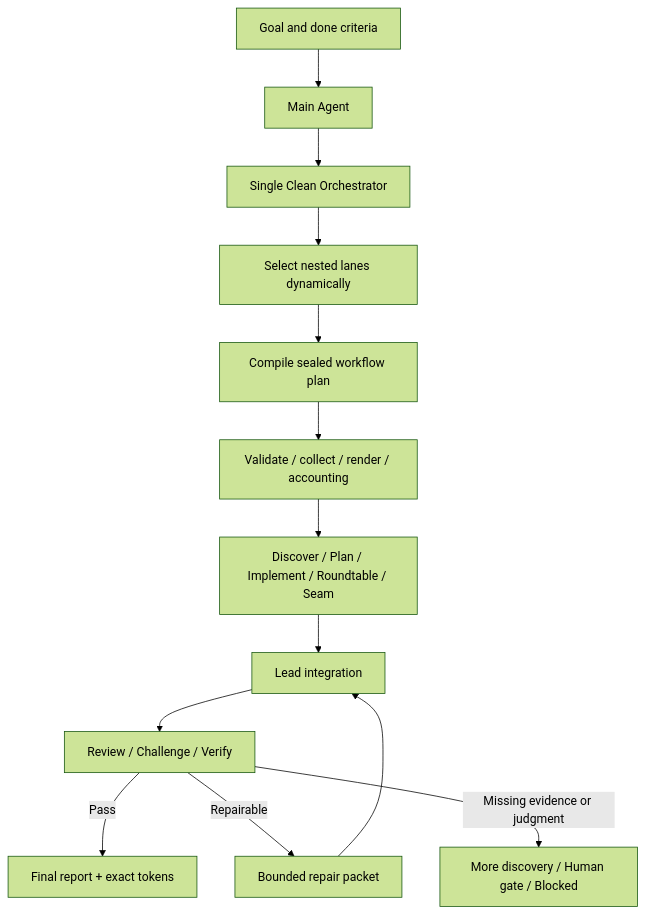
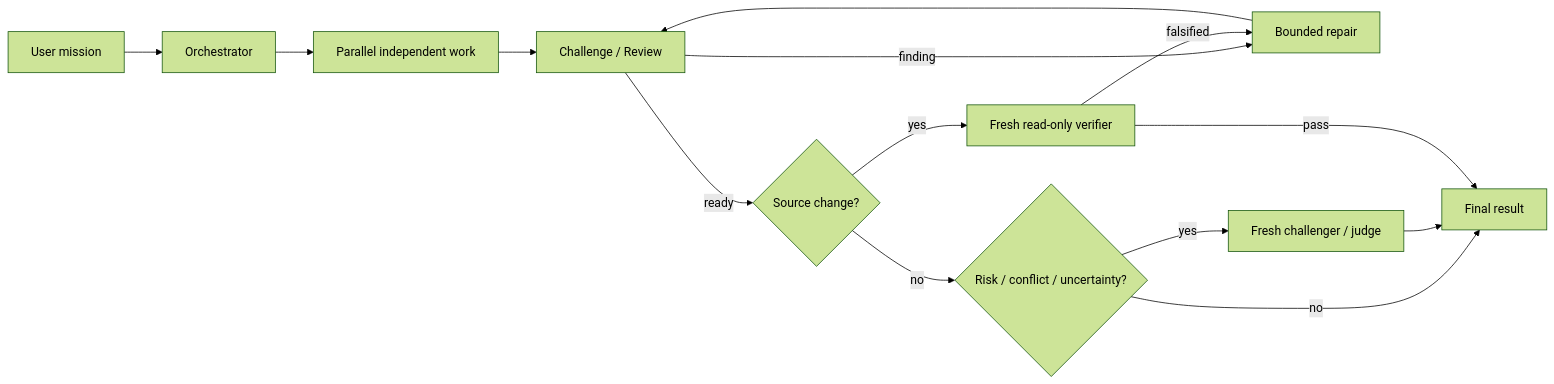
The diagram in skills/agent-workflow/README.en.md (shaokanp/pi-skills), drawn with Mermaid (forest theme) before and after one commit. The commit also changed other lines of this file and 107 other files, not shown here.

Commit message:
Replace Agent Workflow runtime with native 2.0

````diff
--- a/skills/agent-workflow/README.en.md
+++ b/skills/agent-workflow/README.en.md
@@ -95,15 +36,16 @@
 ```mermaid
-flowchart TD
-    Goal["Goal and done criteria"] --> Main["Main Agent"]
-    Main --> Clean["Single Clean Orchestrator"]
-    Clean --> Lanes["Select nested lanes dynamically"]
-    Lanes --> Compile["Compile sealed workflow plan"]
-    Compile --> Controller["Validate / collect / render / accounting"]
-    Controller --> Work["Discover / Plan / Implement / Roundtable / Seam"]
-    Work --> Integrate["Lead integration"]
-    Integrate --> Assess["Review / Challenge / Verify"]
-    Assess -->|"Pass"| Report["Final report + exact tokens"]
-    Assess -->|"Repairable"| Repair["Bounded repair packet"]
-    Repair --> Integrate
-    Assess -->|"Missing evidence or judgment"| Gate["More discovery / Human gate / Blocked"]
+flowchart LR
+    U["User mission"] --> O["Orchestrator"]
+    O --> A["Parallel independent work"]
+    A --> C["Challenge / Review"]
+    C -->|"finding"| R["Bounded repair"]
+    R --> C
+    C -->|"ready"| T{"Source change?"}
+    T -->|"yes"| V["Fresh read-only verifier"]
+    T -->|"no"| Q{"Risk / conflict / uncertainty?"}
+    Q -->|"yes"| J["Fresh challenger / judge"]
+    Q -->|"no"| F["Final result"]
+    J --> F
+    V -->|"pass"| F["Final result"]
+    V -->|"falsified"| R
 ```
````
